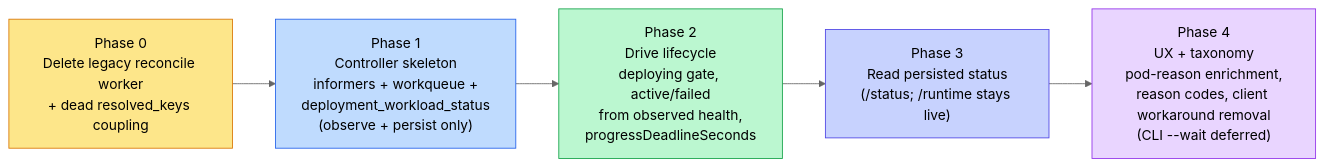
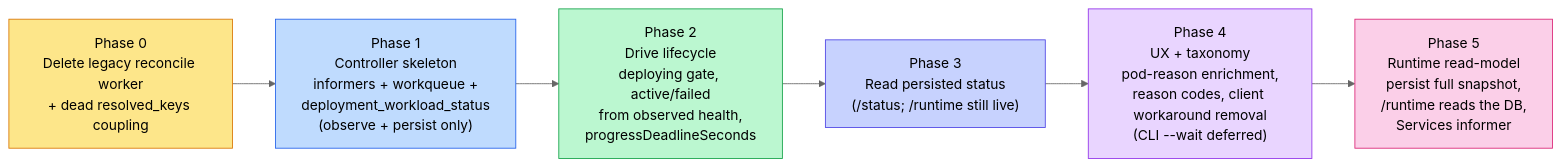
Diagram 14 of 14 in docs/plans/deployment-state-tracking.md (astropods/astro-cli), drawn with Mermaid (neutral theme) before and after one commit. The commit also changed other lines of this file and 20 other files, not shown here.

First line of the commit message:
feat(astro-server): runtime read-model + deployment read-path cleanup (#1692)

````diff
--- a/docs/plans/deployment-state-tracking.md
+++ b/docs/plans/deployment-state-tracking.md
@@ -301,14 +382,16 @@
 ```mermaid
 graph LR
   P0["Phase 0<br/>Delete legacy reconcile worker<br/>+ dead resolved_keys coupling"]
   P1["Phase 1<br/>Controller skeleton<br/>informers + workqueue +<br/>deployment_workload_status<br/>(observe + persist only)"]
   P2["Phase 2<br/>Drive lifecycle<br/>deploying gate, active/failed<br/>from observed health,<br/>progressDeadlineSeconds"]
-  P3["Phase 3<br/>Read persisted status<br/>(/status; /runtime stays live)"]
+  P3["Phase 3<br/>Read persisted status<br/>(/status; /runtime still live)"]
   P4["Phase 4<br/>UX + taxonomy<br/>pod-reason enrichment,<br/>reason codes, client workaround removal<br/>(CLI --wait deferred)"]
-  P0 --> P1 --> P2 --> P3 --> P4
+  P5["Phase 5<br/>Runtime read-model<br/>persist full snapshot,<br/>/runtime reads the DB,<br/>Services informer"]
+  P0 --> P1 --> P2 --> P3 --> P4 --> P5
   style P0 fill:#fde68a,stroke:#d97706
   style P1 fill:#bfdbfe,stroke:#2563eb
   style P2 fill:#bbf7d0,stroke:#16a34a
   style P3 fill:#c7d2fe,stroke:#4f46e5
   style P4 fill:#e9d5ff,stroke:#9333ea
+  style P5 fill:#fbcfe8,stroke:#db2777
 ```
````
